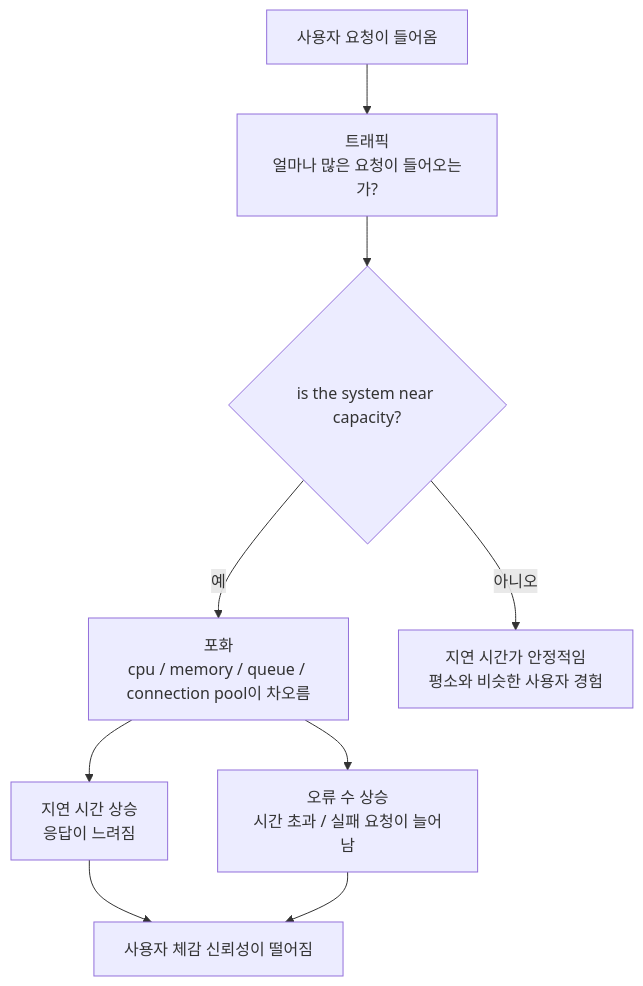
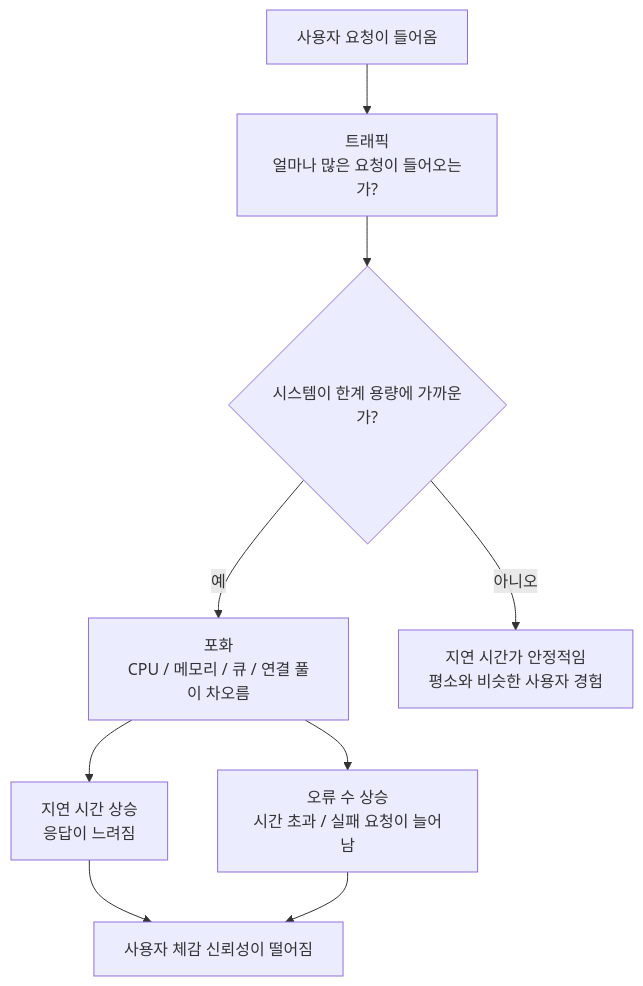
Before and after one commit to devchan64/AiBook: the diagram in docs/assets/part-04/chapter-06/p4-6-3-mermaid-03-ko.mmd, drawn with Mermaid. The commit also changed 8 other files, not shown here.

Commit message:
Finish Part 4 Korean diagram localization

```diff
--- a/docs/assets/part-04/chapter-06/p4-6-3-mermaid-03-ko.mmd
+++ b/docs/assets/part-04/chapter-06/p4-6-3-mermaid-03-ko.mmd
@@ -1,18 +1,18 @@
 flowchart TD
   A["사용자 요청이 들어옴"]
   B["트래픽<br/>얼마나 많은 요청이 들어오는가?"]
-  C{"is the system near capacity?"}
-  D["포화<br/>cpu / memory / queue / connection pool이 차오름"]
+  C{"시스템이 한계 용량에 가까운가?"}
+  D["포화<br/>CPU / 메모리 / 큐 / 연결 풀이 차오름"]
   E["지연 시간 상승<br/>응답이 느려짐"]
   F["오류 수 상승<br/>시간 초과 / 실패 요청이 늘어남"]
   G["사용자 체감 신뢰성이 떨어짐"]
   H["지연 시간가 안정적임<br/>평소와 비슷한 사용자 경험"]
 
   A --> B
   B --> C
   C -->|예| D
   D --> E
   D --> F
   E --> G
   F --> G
   C -->|아니오| H
```
